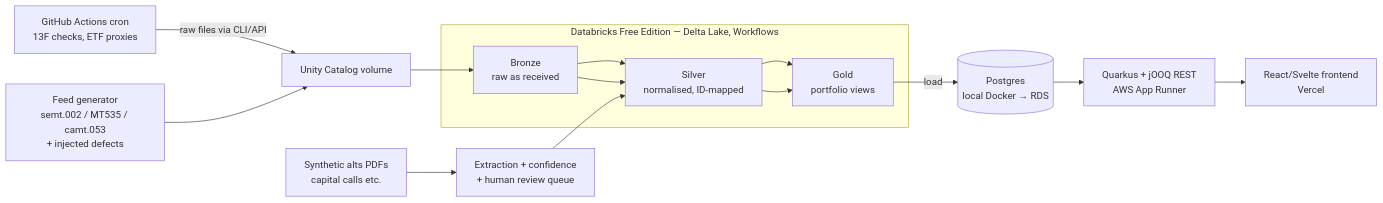
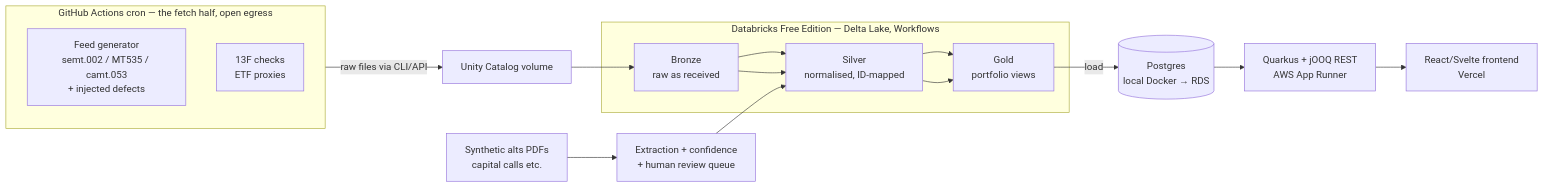
Before and after one commit to ambarshukla/parvum: the diagram in README.md, drawn with Mermaid. The commit also changed other lines of this file and 5 other files, not shown here.

First line of the commit message:
feat: schedule the daily feed delivery on GitHub Actions

````diff
--- a/README.md
+++ b/README.md
@@ -17,15 +17,18 @@
 ```mermaid
 flowchart LR
-    GH[GitHub Actions cron<br/>13F checks, ETF proxies] -->|raw files via CLI/API| UC[Unity Catalog volume]
-    FG[Feed generator<br/>semt.002 / MT535 / camt.053<br/>+ injected defects] --> UC
+    subgraph GHA [GitHub Actions cron — the fetch half, open egress]
+        FG[Feed generator<br/>semt.002 / MT535 / camt.053<br/>+ injected defects]
+        EX[13F checks<br/>ETF proxies]
+    end
+    GHA -->|raw files via CLI/API| UC[Unity Catalog volume]
     UC --> B[Bronze<br/>raw as received]
     B --> S[Silver<br/>normalised, ID-mapped]
     S --> G[Gold<br/>portfolio views]
     subgraph DBX [Databricks Free Edition — Delta Lake, Workflows]
         B --> S --> G
     end
     G -->|load| PG[(Postgres<br/>local Docker → RDS)]
     PG --> API[Quarkus + jOOQ REST<br/>AWS App Runner]
     API --> FE[React/Svelte frontend<br/>Vercel]
     PDF[Synthetic alts PDFs<br/>capital calls etc.] --> HITL[Extraction + confidence<br/>+ human review queue] --> S
 ```
````
